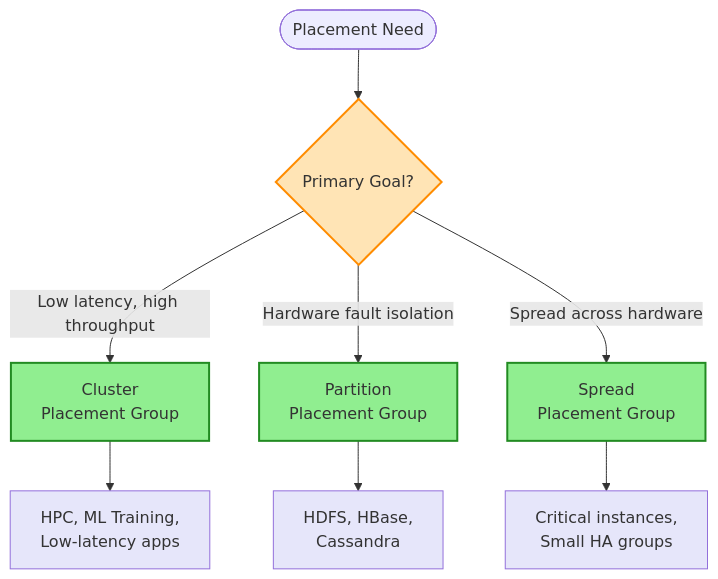
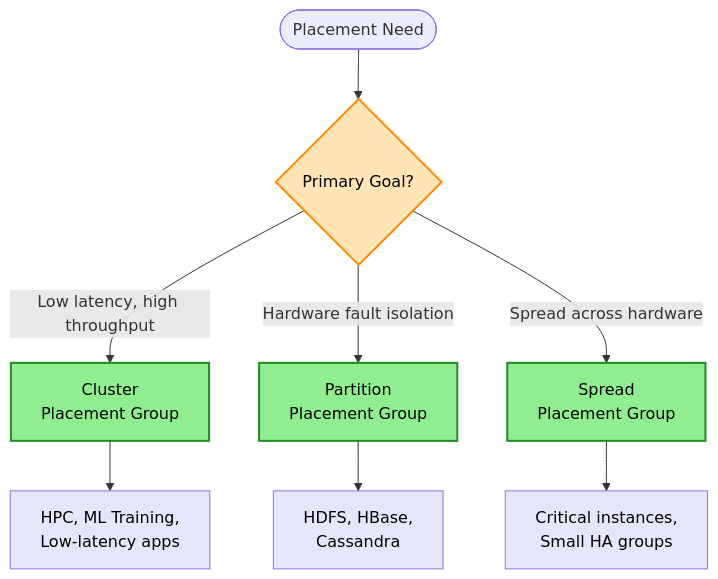
The third of 3 diagrams in aws-architecture-decisions/diagrams/compute-decisions.md (intelliswarm-ai/aws-architectures), drawn with Mermaid before and after one commit. The commit also changed other lines of this file and 13 other files, not shown here.

````diff
--- a/aws-architecture-decisions/diagrams/compute-decisions.md
+++ b/aws-architecture-decisions/diagrams/compute-decisions.md
@@ -67,21 +67,21 @@
 ```mermaid
 flowchart TD
     Start([Placement Need]) --> Q1{Primary Goal?}
 
     Q1 -->|Low latency, high throughput| CLUSTER[Cluster<br/>Placement Group]
     Q1 -->|Hardware fault isolation| PARTITION[Partition<br/>Placement Group]
     Q1 -->|Spread across hardware| SPREAD[Spread<br/>Placement Group]
 
     CLUSTER --> USE1[HPC, ML Training,<br/>Low-latency apps]
     PARTITION --> USE2[HDFS, HBase,<br/>Cassandra]
     SPREAD --> USE3[Critical instances,<br/>Small HA groups]
 
     %% Styling
-    classDef service fill:#90EE90,stroke:#228B22,stroke-width:2px
-    classDef usecase fill:#E6E6FA,stroke:#9370DB,stroke-width:1px
-    classDef question fill:#FFE4B5,stroke:#FF8C00,stroke-width:2px
+    classDef service fill:#90EE90,stroke:#228B22,stroke-width:2px,color:#000000
+    classDef usecase fill:#E6E6FA,stroke:#9370DB,stroke-width:1px,color:#000000
+    classDef question fill:#FFE4B5,stroke:#FF8C00,stroke-width:2px,color:#000000
 
     class Q1 question
     class CLUSTER,PARTITION,SPREAD service
     class USE1,USE2,USE3 usecase
 ```
````
